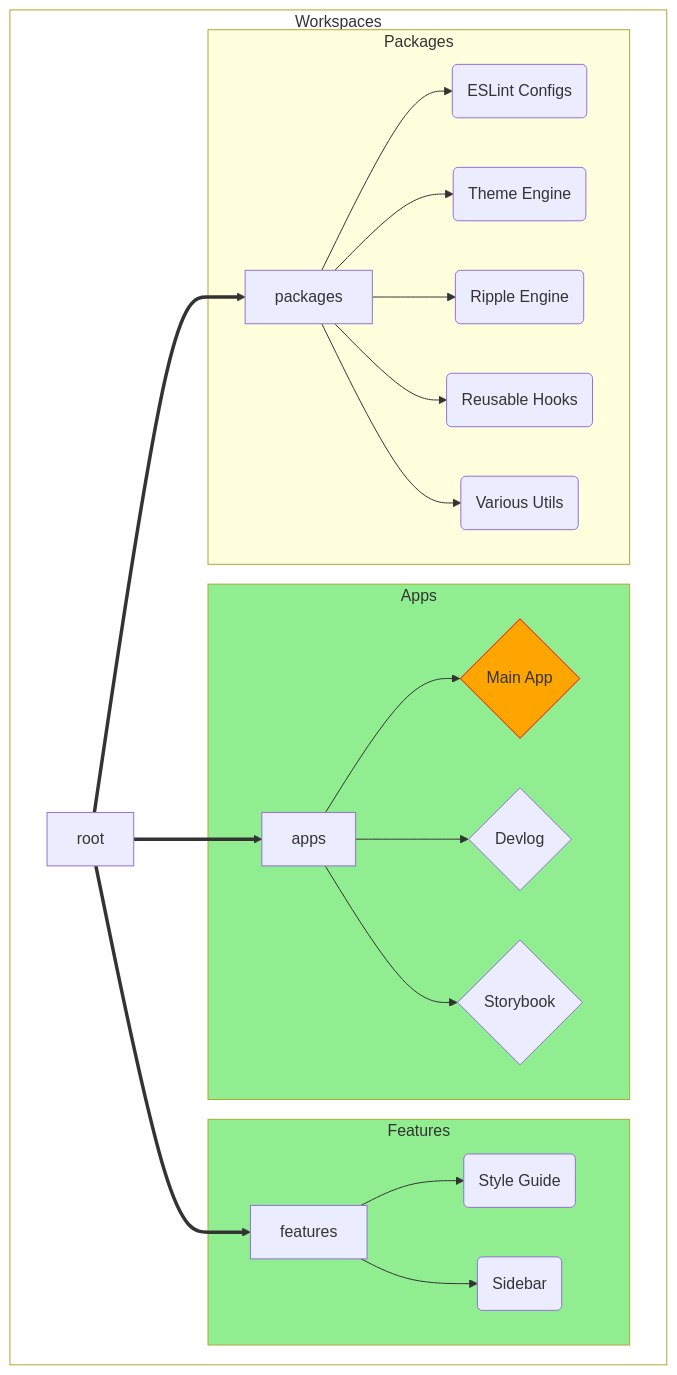
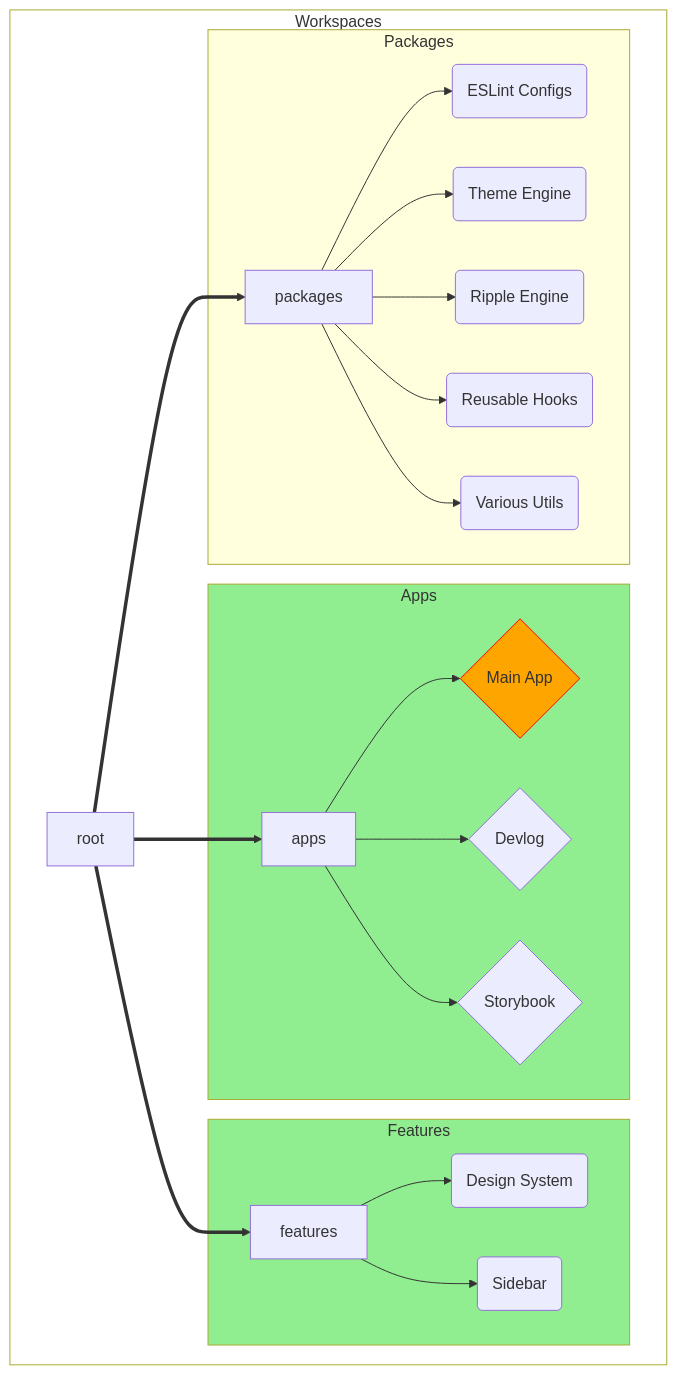
Before and after one commit to sabinmarcu/librario: the first of 2 diagrams in apps/docs/docs/overview.mdx, drawn with Mermaid. The commit also changed 10 other files, not shown here.

Commit message:
feat(@librario/ui): rename style guide to design system

````diff
--- a/apps/docs/docs/overview.mdx
+++ b/apps/docs/docs/overview.mdx
@@ -16,28 +16,28 @@
 ```mermaid
 graph TD
   subgraph Workspaces
     R[ root ] ==> A[ apps ]
     R[ root ] ==> P[ packages ]
     R[ root ] ==> F[ features ]
     subgraph Apps
     A --> APP{ Main App }
     A --> DOCS{ Devlog }
     A --> SB{ Storybook }
     end
     subgraph Features
-    F --> UI( Style Guide )
+    F --> UI( Design System )
     F --> SIDEBAR( Sidebar )
     end
     subgraph Packages
     P --> ESL( ESLint Configs )
     P --> THEME( Theme Engine )
     P --> RIPPLE( Ripple Engine )
     P --> HOOKS( Reusable Hooks )
     P --> UTILS( Various Utils )
     end
   end
   style APP stroke:red,fill:orange
   style Workspaces fill:transparent
   style Apps fill:lightgreen
   style Features fill:lightgreen
 ```
````
